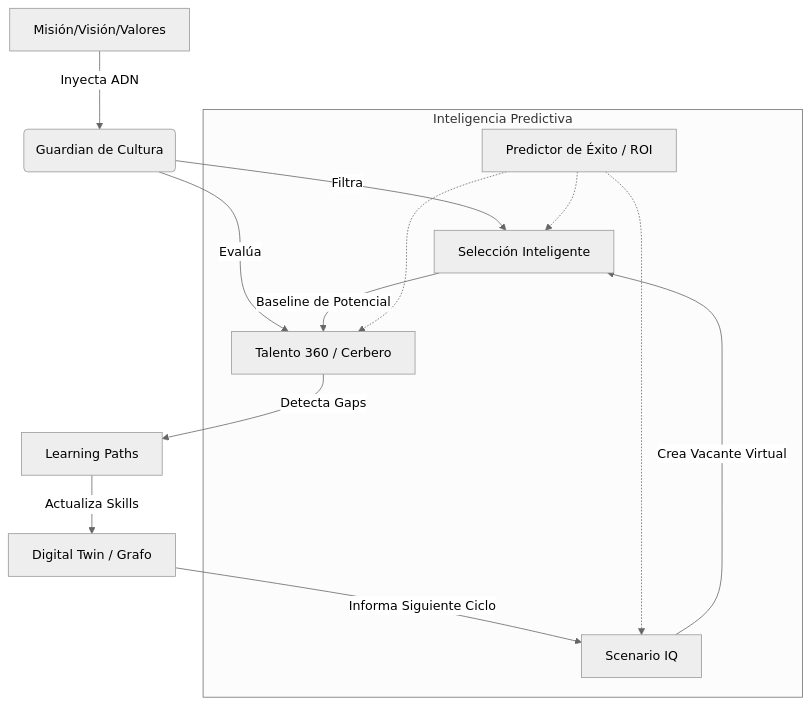
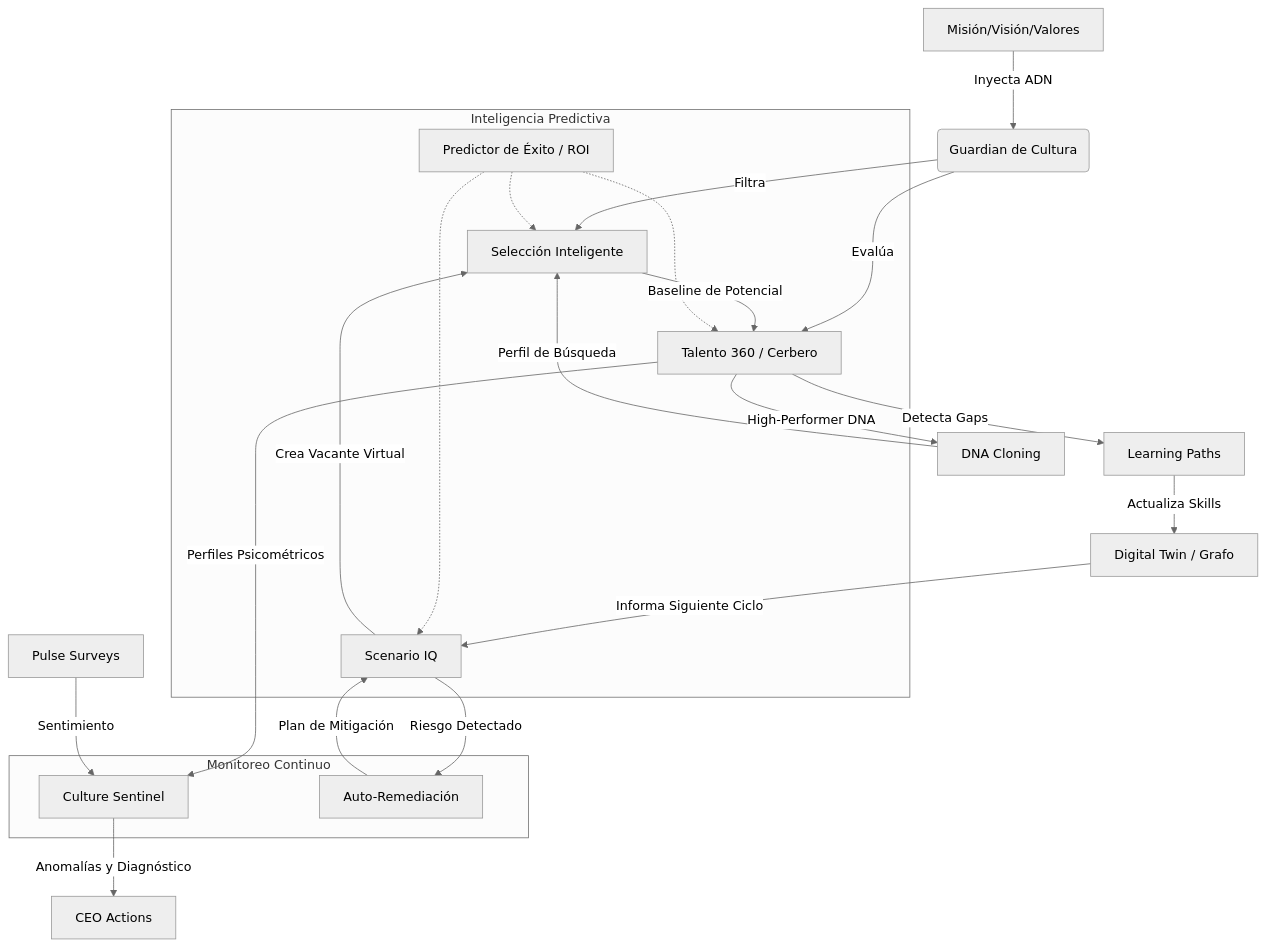
One commit to oahumada/Stratos changed the diagram in docs/Architecture/CIRCULAR_INTEGRATION_MAP.md. Above: the diagram before and after it, drawn with Mermaid (neutral theme). The commit also changed 17 other files, not shown here.

````diff
--- a/docs/Architecture/CIRCULAR_INTEGRATION_MAP.md
+++ b/docs/Architecture/CIRCULAR_INTEGRATION_MAP.md
@@ -9,19 +9,33 @@
 ```mermaid
 graph TD
     A[Misión/Visión/Valores] -->|Inyecta ADN| B(Guardian de Cultura)
     B -->|Filtra| C[Selección Inteligente]
     B -->|Evalúa| D[Talento 360 / Cerbero]
 
     E[Scenario IQ] -->|Crea Vacante Virtual| C
     C -->|Baseline de Potencial| D
     D -->|Detecta Gaps| F[Learning Paths]
     F -->|Actualiza Skills| G[Digital Twin / Grafo]
     G -->|Informa Siguiente Ciclo| E
 
+    D -->|High-Performer DNA| I[DNA Cloning]
+    I -->|Perfil de Búsqueda| C
+
+    D -->|Perfiles Psicométricos| J[Culture Sentinel]
+    K[Pulse Surveys] -->|Sentimiento| J
+    J -->|Anomalías y Diagnóstico| L[CEO Actions]
+    E -->|Riesgo Detectado| M[Auto-Remediación]
+    M -->|Plan de Mitigación| E
+
     subgraph "Inteligencia Predictiva"
         H[Predictor de Éxito / ROI]
         H -.-> C
         H -.-> D
         H -.-> E
     end
+
+    subgraph "Monitoreo Continuo"
+        J
+        M
+    end
 ```
````
